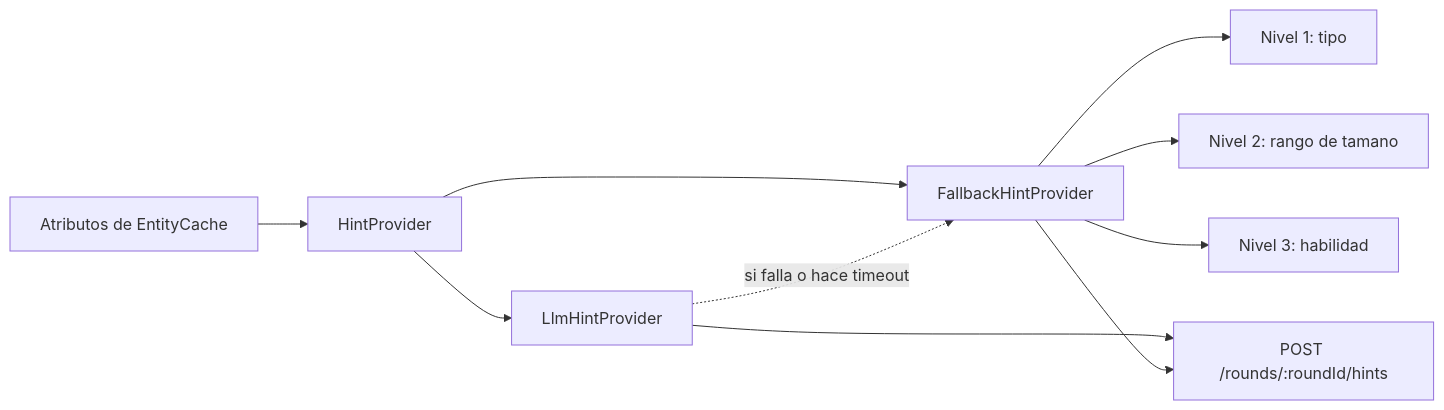
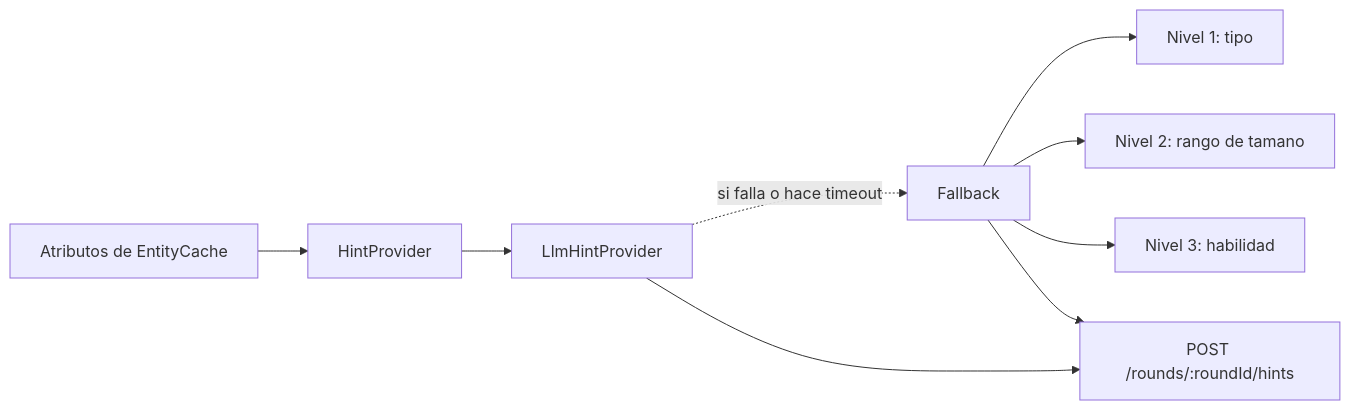
One commit to rkrautz10/Adivina_Personaje changed the fifth of 5 diagrams in docs/FLUJO_JUEGO.md. Above: the diagram before and after it, drawn with Mermaid. The commit also changed other lines of this file and 1 other file, not shown here.

Commit message:
docs: clarify llm fallback flow

````diff
--- a/docs/FLUJO_JUEGO.md
+++ b/docs/FLUJO_JUEGO.md
@@ -166,12 +166,11 @@
 ```mermaid
 flowchart LR
     Attrs[Atributos de EntityCache] --> Provider[HintProvider]
     Provider --> LLM[LlmHintProvider]
-    Provider --> Fallback[FallbackHintProvider]
     LLM -. si falla o hace timeout .-> Fallback
     Fallback --> Level1[Nivel 1: tipo]
     Fallback --> Level2[Nivel 2: rango de tamano]
     Fallback --> Level3[Nivel 3: habilidad]
     LLM --> Endpoint[POST /rounds/:roundId/hints]
     Fallback --> Endpoint
 ```
````
